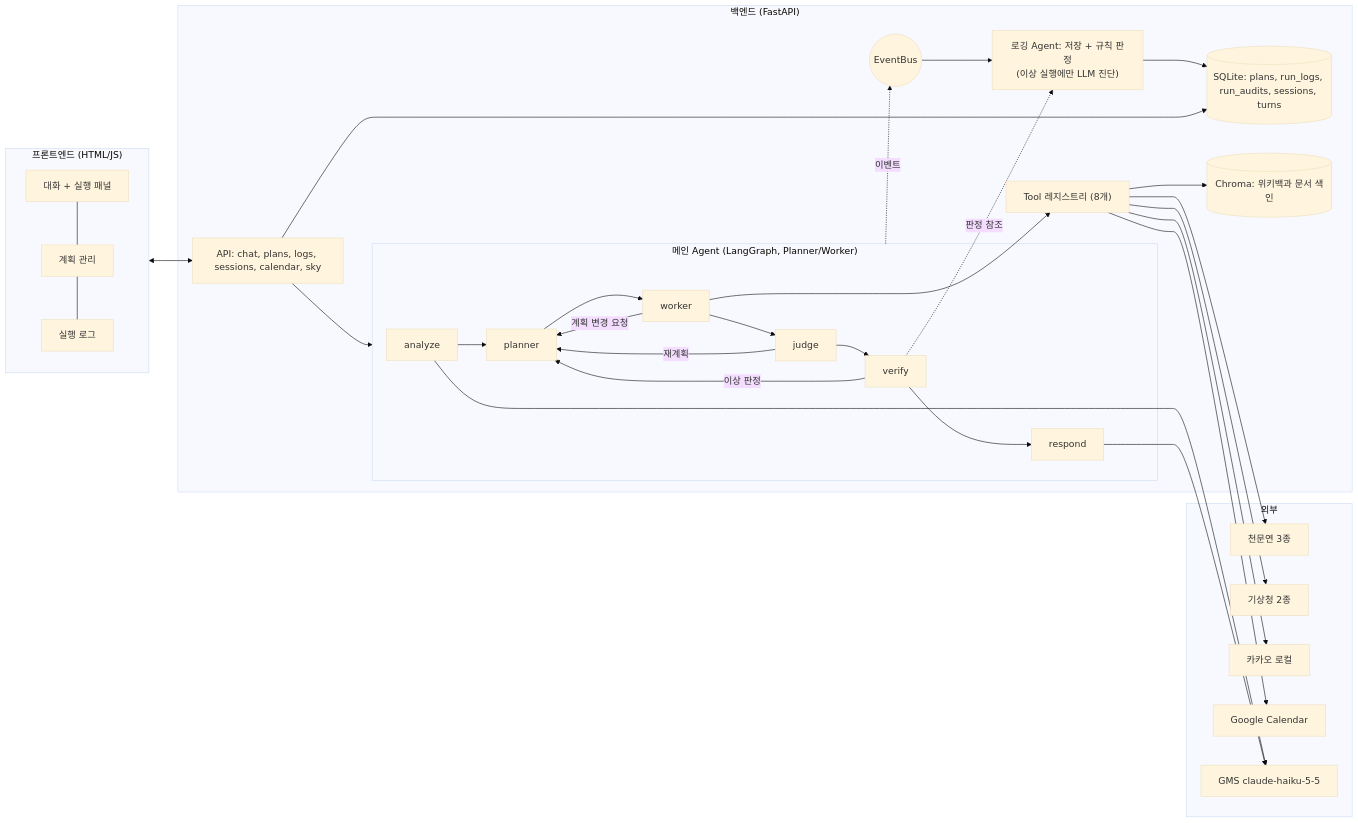
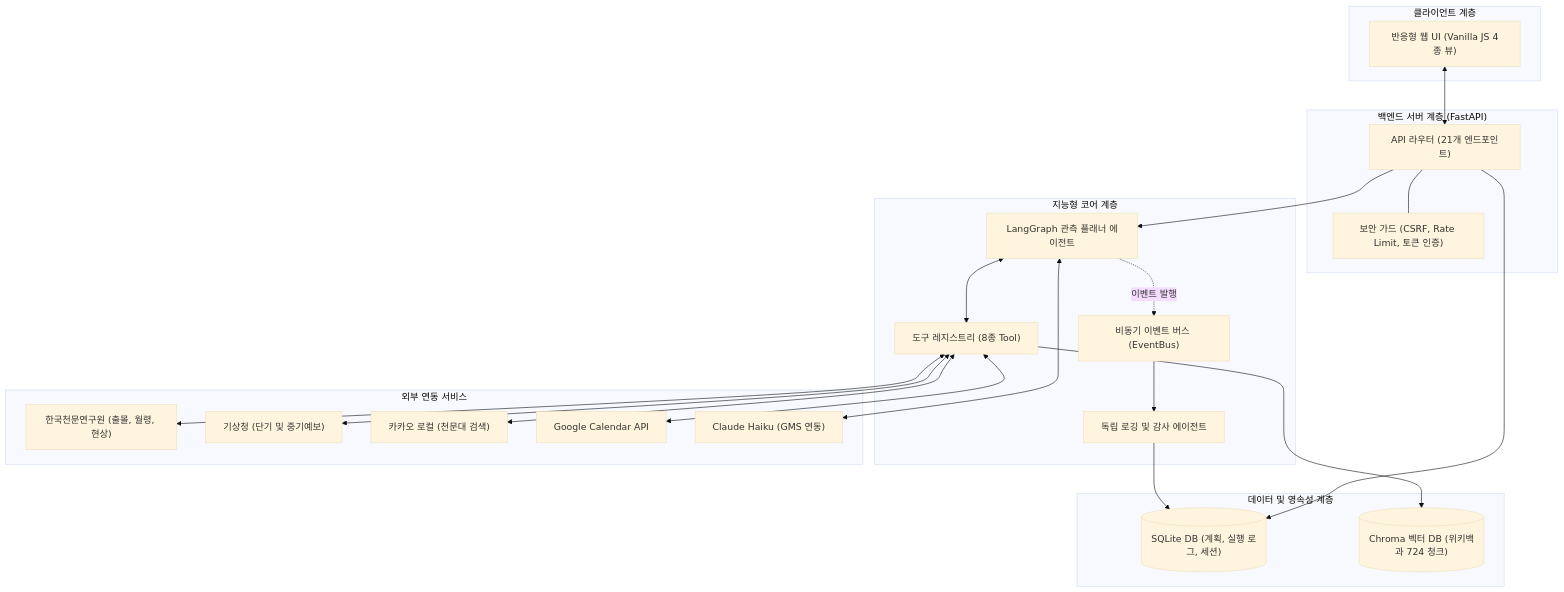
Before and after one commit to bnbong/Astrowatch: the first of 5 diagrams in README.md, drawn with Mermaid (base theme). The commit also changed other lines of this file and 1 other file, not shown here.

````diff
--- a/README.md
+++ b/README.md
@@ -116,34 +94,43 @@
 ```mermaid
-flowchart LR
-  subgraph FE["프론트엔드 (HTML/JS)"]
-    C["대화 + 실행 패널"] --- P["계획 관리"] --- L["실행 로그"]
+flowchart TD
+  subgraph Client["클라이언트 계층"]
+    UI["반응형 웹 UI (Vanilla JS 4종 뷰)"]
   end
-  subgraph BE["백엔드 (FastAPI)"]
-    API["API: chat, plans, logs, sessions, calendar, sky"]
-    subgraph AG["메인 Agent (LangGraph, Planner/Worker)"]
-      A[analyze] --> PL[planner] --> W[worker] --> J[judge] --> V[verify] --> R[respond]
-      J -->|재계획| PL
-      W -->|계획 변경 요청| PL
-      V -->|이상 판정| PL
-    end
-    REG["Tool 레지스트리 (8개)"]
-    BUS((EventBus))
-    LOG["로깅 Agent: 저장 + 규칙 판정<br/>(이상 실행에만 LLM 진단)"]
-    DB[("SQLite: plans, run_logs, run_audits, sessions, turns")]
-    IDX[("Chroma: 위키백과 문서 색인")]
+
+  subgraph Server["백엔드 서버 계층 (FastAPI)"]
+    API["API 라우터 (21개 엔드포인트)"]
+    Security["보안 가드 (CSRF, Rate Limit, 토큰 인증)"]
+    API --- Security
   end
-  subgraph EXT["외부"]
-    K1["천문연 3종"]
-    K2["기상청 2종"]
-    K3["카카오 로컬"]
-    K4["Google Calendar"]
-    LLM["GMS claude-haiku-5-5"]
+
+  subgraph Core["지능형 코어 계층"]
+    AG["LangGraph 관측 플래너 에이전트"]
+    REG["도구 레지스트리 (8종 Tool)"]
+    BUS["비동기 이벤트 버스 (EventBus)"]
+    LOG["독립 로깅 및 감사 에이전트"]
   end
-  FE <--> API --> AG
-  W --> REG --> K1 & K2 & K3 & K4
-  REG --> IDX
-  A & R --> LLM
-  AG -. 이벤트 .-> BUS --> LOG --> DB
-  V -. 판정 참조 .-> LOG
+
+  subgraph Storage["데이터 및 영속성 계층"]
+    DB[("SQLite DB (계획, 실행 로그, 세션)")]
+    VDB[("Chroma 벡터 DB (위키백과 724 청크)")]
+  end
+
+  subgraph External["외부 연동 서비스"]
+    KASI["한국천문연구원 (출몰, 월령, 현상)"]
+    KMA["기상청 (단기 및 중기예보)"]
+    KAKAO["카카오 로컬 (천문대 검색)"]
+    GCAL["Google Calendar API"]
+    LLM["Claude Haiku (GMS 연동)"]
+  end
+
+  UI <--> API
+  API --> AG
+  AG <--> REG
+  AG -. 이벤트 발행 .-> BUS
+  BUS --> LOG
+  LOG --> DB
+  REG --> VDB
+  REG <--> KASI & KMA & KAKAO & GCAL
+  AG <--> LLM
   API --> DB
 ```
````
